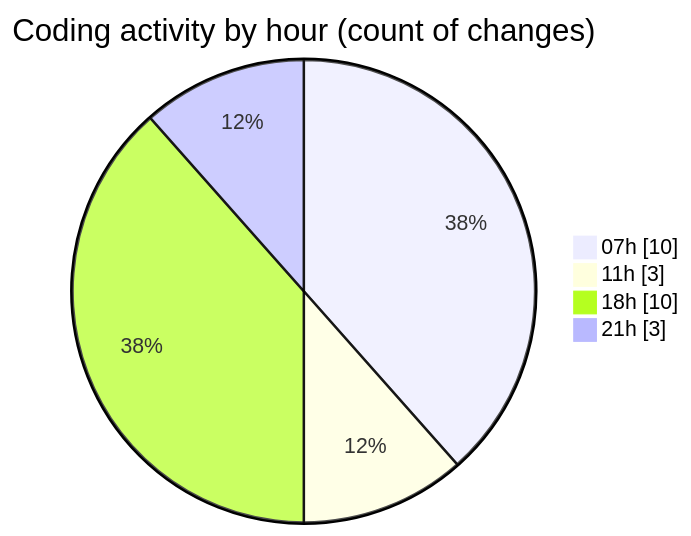
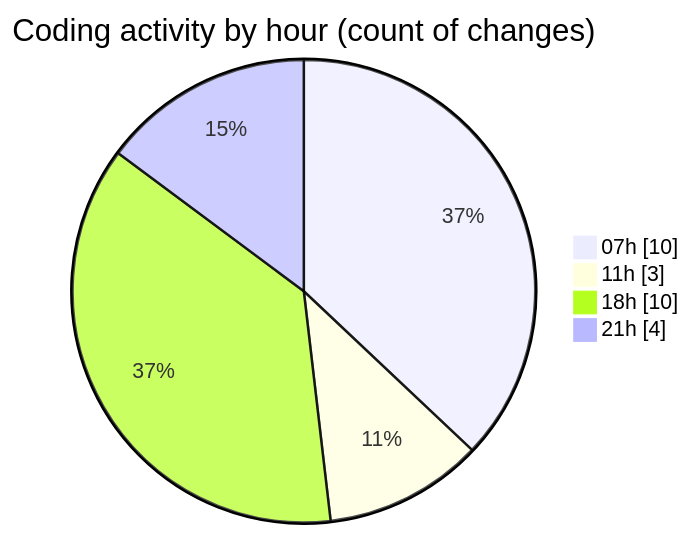
Before and after one commit to FelipKnott/code-tracking: the second of 2 diagrams in 2025-07-12/cursor/README.md, drawn with Mermaid. The commit also changed other lines of this file and 1 other file, not shown here.

````diff
--- a/2025-07-12/cursor/README.md
+++ b/2025-07-12/cursor/README.md
@@ -37,8 +37,8 @@
 ```mermaid
 pie showData
 title Coding activity by hour (count of changes)
 "07h" : 10
 "11h" : 3
 "18h" : 10
-"21h" : 3
+"21h" : 4
 ```
````
